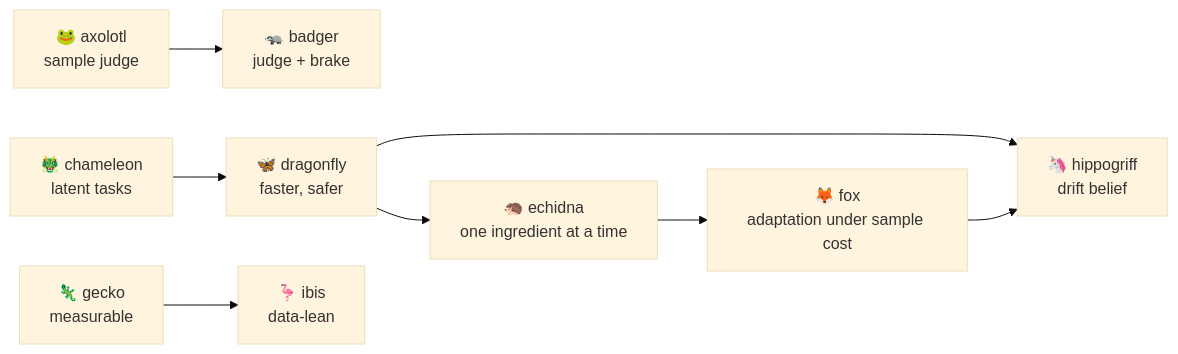
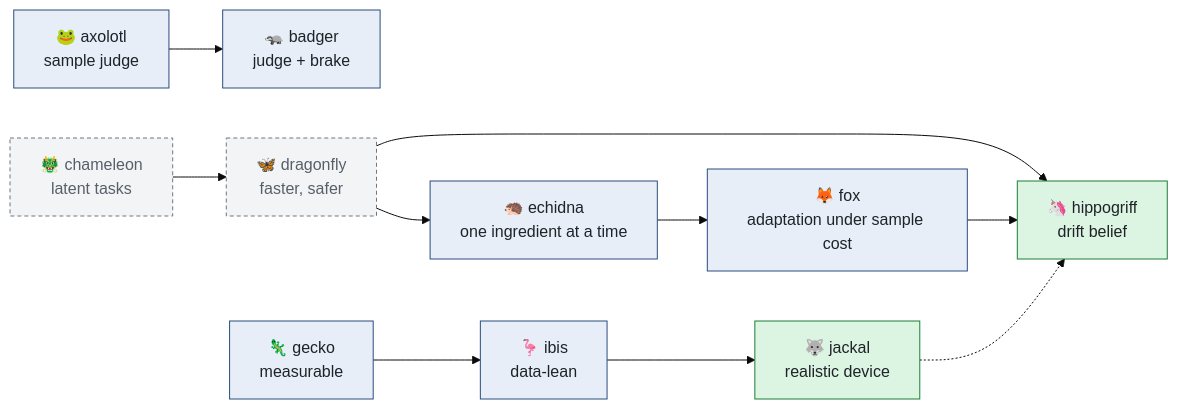
The diagram in docs/ideas/index.md (leandergrech/rlquantopt), drawn with Mermaid (base theme) before and after one commit. The commit also changed other lines of this file and 79 other files, not shown here.

````diff
--- a/docs/ideas/index.md
+++ b/docs/ideas/index.md
@@ -38,10 +56,18 @@
 ```mermaid
 flowchart LR
     A[🐸 axolotl<br/>sample judge] --> B[🦡 badger<br/>judge + brake]
     C[🐲 chameleon<br/>latent tasks] --> D[🦋 dragonfly<br/>faster, safer]
     D --> E[🦔 echidna<br/>one ingredient at a time]
     E --> F[🦊 fox<br/>adaptation under sample cost]
     D --> H[🦄 hippogriff<br/>drift belief]
     F --> H
     G[🦎 gecko<br/>measurable] --> I[🦩 ibis<br/>data-lean]
+    I --> J[🐺 jackal<br/>realistic device]
+    J -.-> H
+    classDef active fill:#dcf5e3,stroke:#1a7f37,color:#1f2328
+    classDef concluded fill:#e8eef7,stroke:#2b4c7e,color:#1f2328
+    classDef archived fill:#f3f4f6,stroke:#6e7781,stroke-dasharray:4 3,color:#57606a
+    class H,J active
+    class A,B,E,F,G,I concluded
+    class C,D archived
 ```
````
